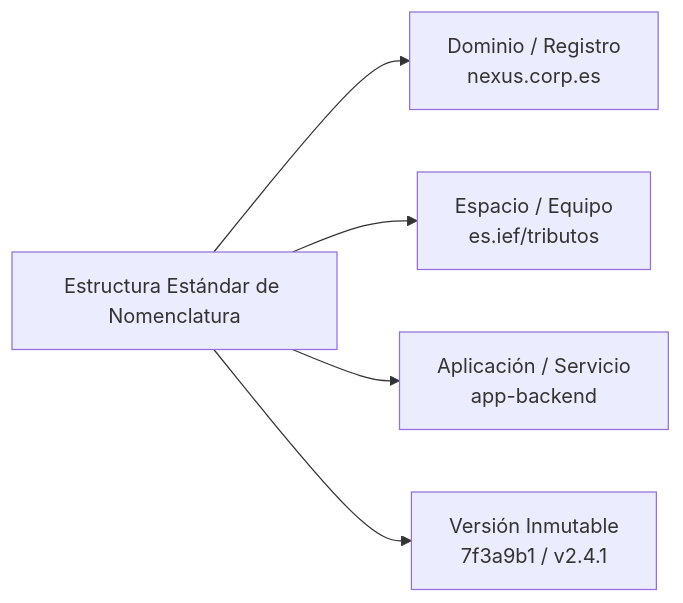
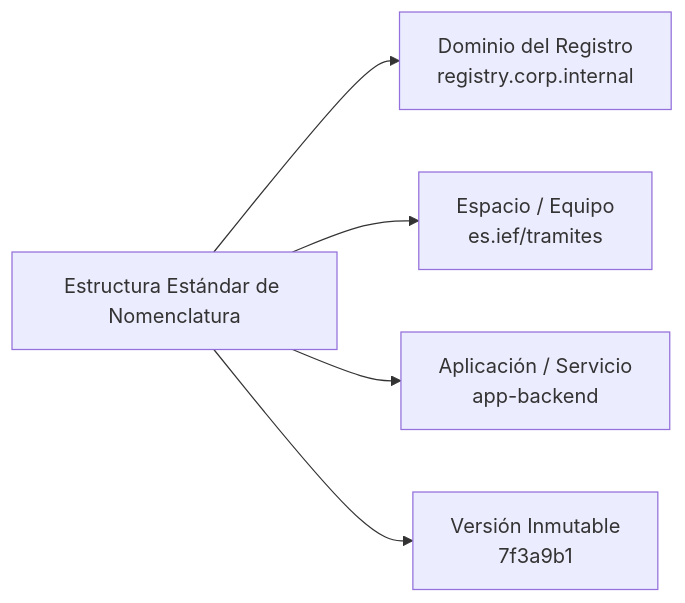
Before and after one commit to ieftraining/curso-openshift: the second of 7 diagrams in docs/sesion4/4.4 Registro, gestión y seguridad de imágenes.md, drawn with Mermaid. The commit also changed other lines of this file, not shown here.

````diff
--- a/docs/sesion4/4.4 Registro, gestión y seguridad de imágenes.md
+++ b/docs/sesion4/4.4 Registro, gestión y seguridad de imágenes.md
@@ -54,7 +51,7 @@
 ```mermaid
 flowchart LR
-    A[Estructura Estándar de Nomenclatura] --> B[Dominio / Registro<br>nexus.corp.es]
-    A --> C[Espacio / Equipo<br>es.ief/tributos]
+    A[Estructura Estándar de Nomenclatura] --> B[Dominio del Registro<br>registry.corp.internal]
+    A --> C[Espacio / Equipo<br>es.ief/tramites]
     A --> D[Aplicación / Servicio<br>app-backend]
-    A --> E[Versión Inmutable<br>7f3a9b1 / v2.4.1]
+    A --> E[Versión Inmutable<br>7f3a9b1]
 ```
````
